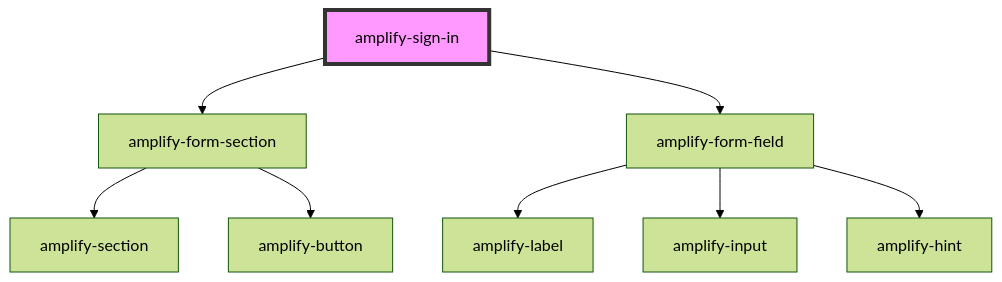
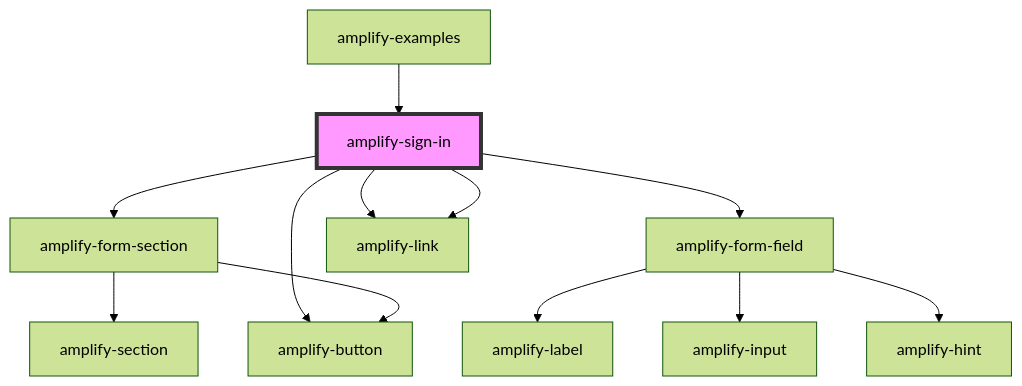
One commit to aws-amplify/amplify-js changed the diagram in packages/amplify-ui-components/src/components/amplify-sign-in/readme.md. Above: the diagram before and after it, drawn with Mermaid (forest theme). The commit also changed other lines of this file and 9 other files, not shown here.

````diff
--- a/packages/amplify-ui-components/src/components/amplify-sign-in/readme.md
+++ b/packages/amplify-ui-components/src/components/amplify-sign-in/readme.md
@@ -25,11 +32,15 @@
 ```mermaid
 graph TD;
   amplify-sign-in --> amplify-form-section
   amplify-sign-in --> amplify-form-field
+  amplify-sign-in --> amplify-link
+  amplify-sign-in --> amplify-link
+  amplify-sign-in --> amplify-button
   amplify-form-section --> amplify-section
   amplify-form-section --> amplify-button
   amplify-form-field --> amplify-label
   amplify-form-field --> amplify-input
   amplify-form-field --> amplify-hint
+  amplify-examples --> amplify-sign-in
   style amplify-sign-in fill:#f9f,stroke:#333,stroke-width:4px
 ```
````
